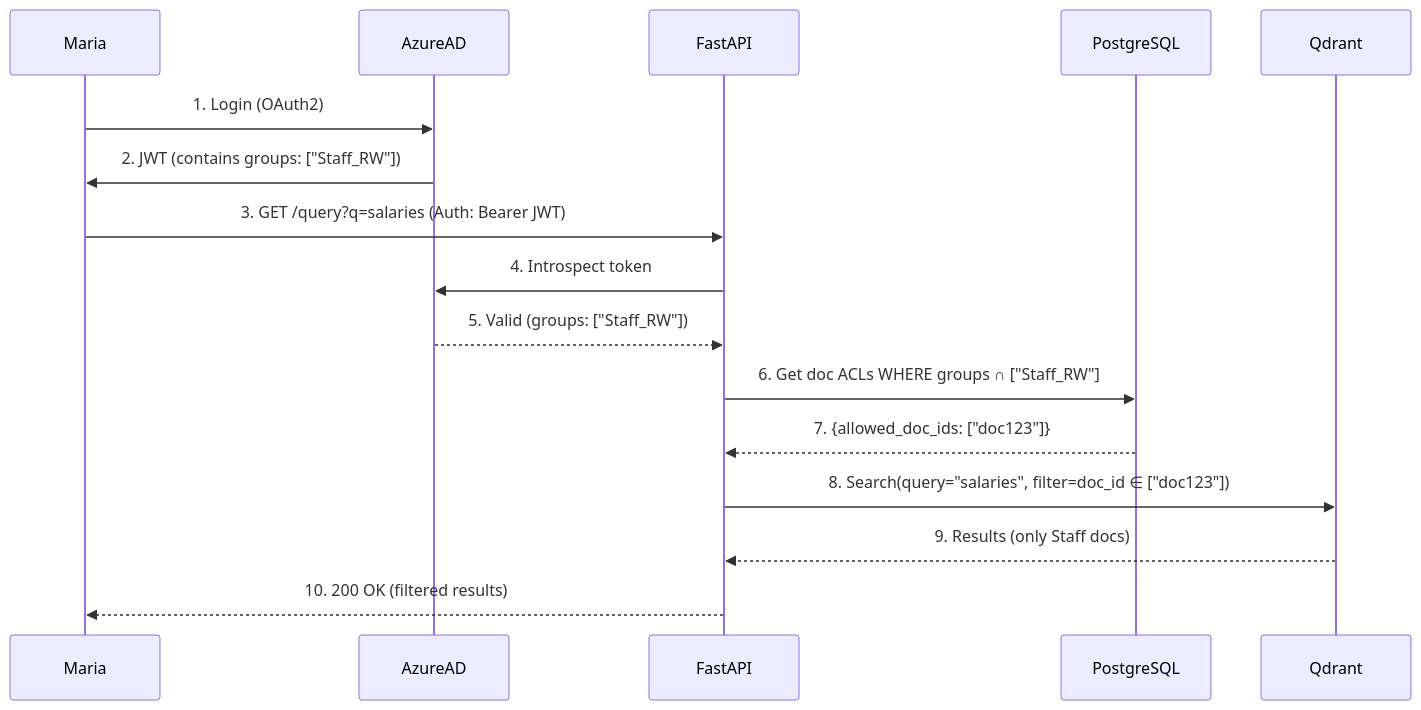
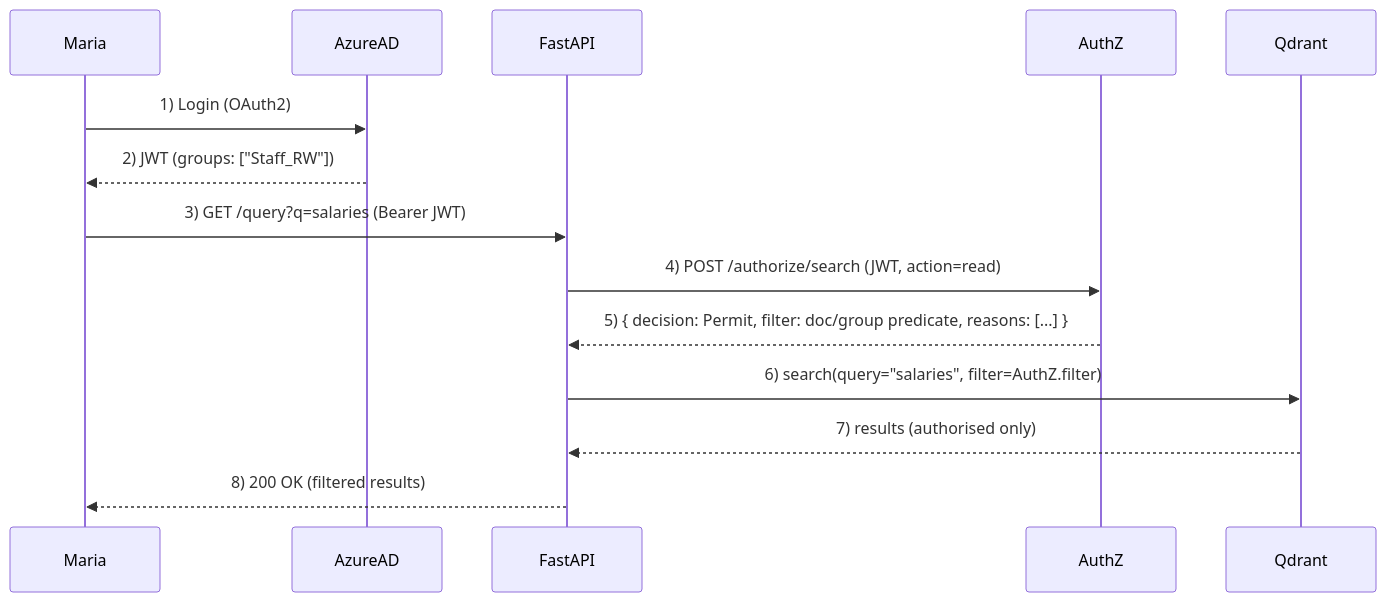
One commit to lanternadev/lanterna-lab changed the diagram in README.md. Above: the diagram before and after it, drawn with Mermaid. The commit also changed other lines of this file, not shown here.

````diff
--- a/README.md
+++ b/README.md
@@ -108,18 +116,17 @@
 ```mermaid
 sequenceDiagram
     participant Maria
     participant AzureAD
     participant FastAPI
-    participant PostgreSQL
+    participant AuthZ
     participant Qdrant
-    Maria->>AzureAD: 1. Login (OAuth2)
-    AzureAD->>Maria: 2. JWT (contains groups: ["Staff_RW"])
-    Maria->>FastAPI: 3. GET /query?q=salaries (Auth: Bearer JWT)
-    FastAPI->>AzureAD: 4. Introspect token
-    AzureAD-->>FastAPI: 5. Valid (groups: ["Staff_RW"])
-    FastAPI->>PostgreSQL: 6. Get doc ACLs WHERE groups ∩ ["Staff_RW"]
-    PostgreSQL-->>FastAPI: 7. {allowed_doc_ids: ["doc123"]}
-    FastAPI->>Qdrant: 8. Search(query="salaries", filter=doc_id ∈ ["doc123"])
-    Qdrant-->>FastAPI: 9. Results (only Staff docs)
-    FastAPI-->>Maria: 10. 200 OK (filtered results)
+
+    Maria->>AzureAD: 1) Login (OAuth2)
+    AzureAD-->>Maria: 2) JWT (groups: ["Staff_RW"])
+    Maria->>FastAPI: 3) GET /query?q=salaries (Bearer JWT)
+    FastAPI->>AuthZ: 4) POST /authorize/search (JWT, action=read)
+    AuthZ-->>FastAPI: 5) { decision: Permit, filter: doc/group predicate, reasons: [...] }
+    FastAPI->>Qdrant: 6) search(query="salaries", filter=AuthZ.filter)
+    Qdrant-->>FastAPI: 7) results (authorised only)
+    FastAPI-->>Maria: 8) 200 OK (filtered results)
 ```
````
